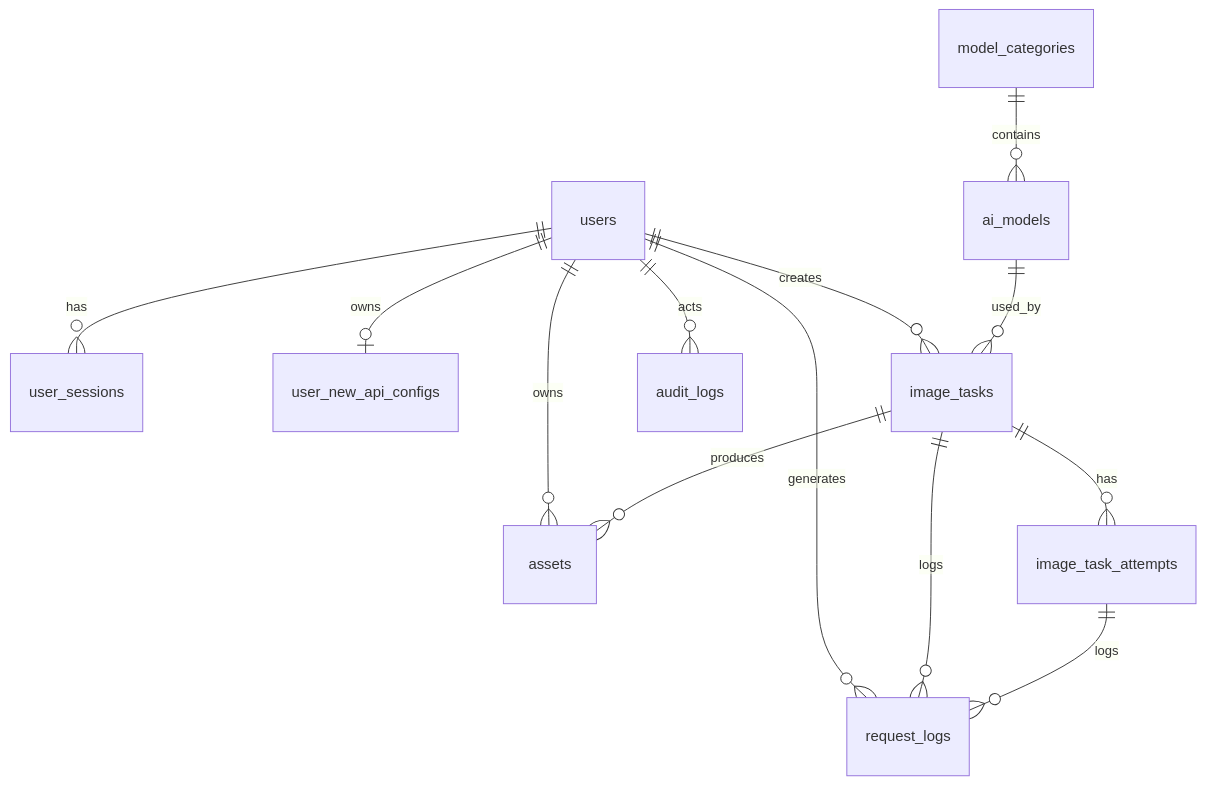
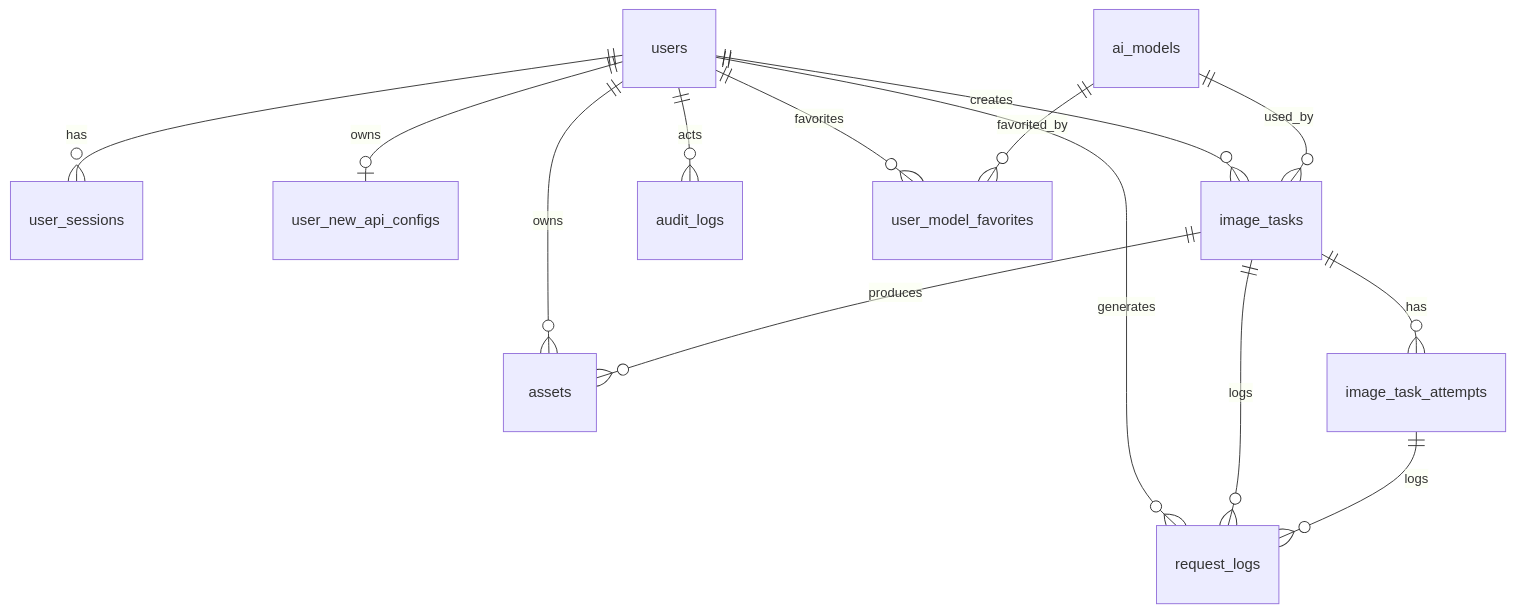
The diagram in docs/04-dreamstudio-v1-data-model.md (CrazyCherrys/DreamStudio), drawn with Mermaid before and after one commit. The commit also changed other lines of this file and 38 other files, not shown here.

````diff
--- a/docs/04-dreamstudio-v1-data-model.md
+++ b/docs/04-dreamstudio-v1-data-model.md
@@ -696,15 +703,16 @@
 ```mermaid
 erDiagram
   users ||--o{ user_sessions : has
   users ||--o| user_new_api_configs : owns
   users ||--o{ image_tasks : creates
   users ||--o{ assets : owns
   users ||--o{ request_logs : generates
   users ||--o{ audit_logs : acts
-  model_categories ||--o{ ai_models : contains
+  users ||--o{ user_model_favorites : favorites
+  ai_models ||--o{ user_model_favorites : favorited_by
   ai_models ||--o{ image_tasks : used_by
   image_tasks ||--o{ image_task_attempts : has
   image_tasks ||--o{ assets : produces
   image_tasks ||--o{ request_logs : logs
   image_task_attempts ||--o{ request_logs : logs
 ```
````
